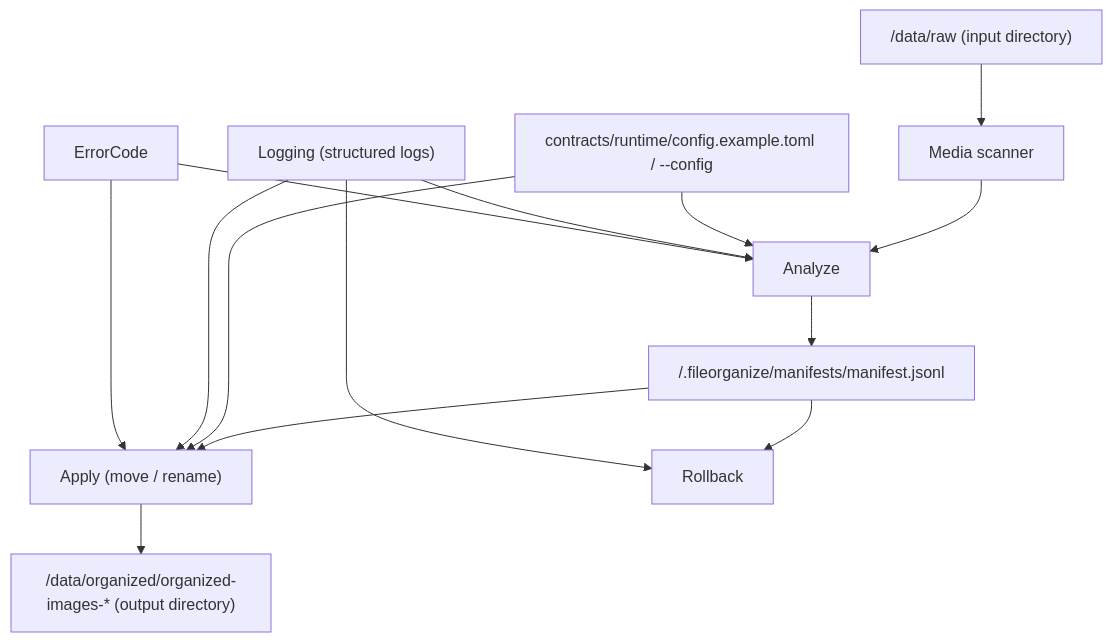
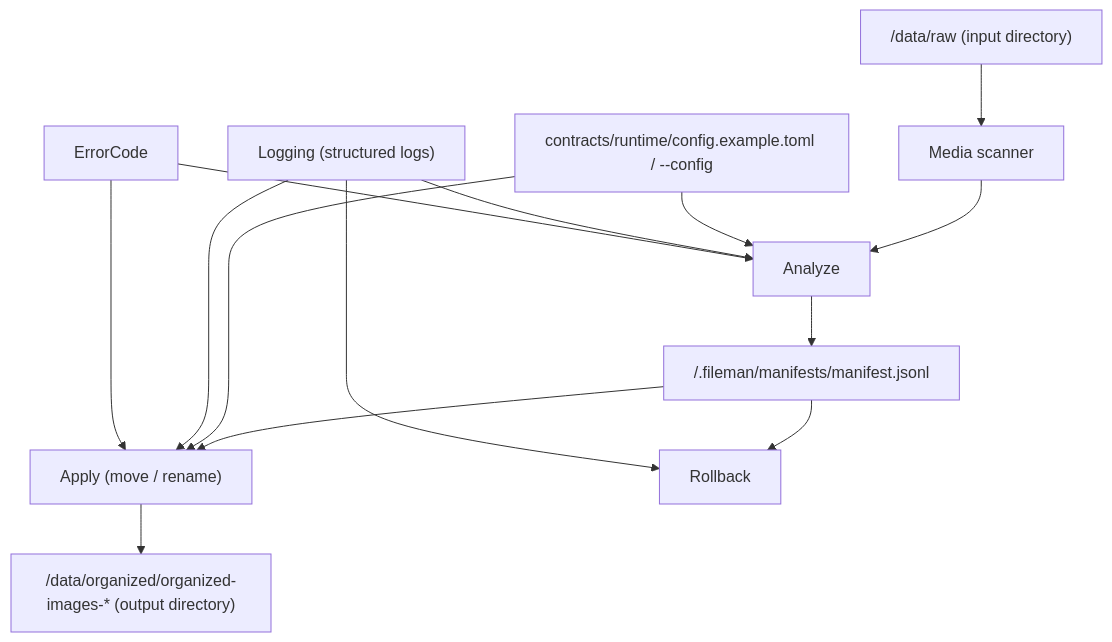
Before and after one commit to xiaojiou176-open/fileyard: the first of 2 diagrams in docs/architecture.md, drawn with Mermaid. The commit also changed other lines of this file and 292 other files, not shown here.

````diff
--- a/docs/architecture.md
+++ b/docs/architecture.md
@@ -3,16 +3,16 @@
 ```mermaid
 graph TD
     A["<workspace-root>/data/raw (input directory)"] --> B["Media scanner"]
     B --> C["Analyze"]
-    C --> D["<workspace-root>/.fileorganize/manifests/manifest.jsonl"]
+    C --> D["<workspace-root>/.fileman/manifests/manifest.jsonl"]
     D --> E["Apply (move / rename)"]
     E --> F["<workspace-root>/data/organized/organized-images-* (output directory)"]
     D --> G["Rollback"]
     H["contracts/runtime/config.example.toml / --config"] --> C
     H --> E
     I["Logging (structured logs)"] --> C
     I --> E
     I --> G
     J["ErrorCode"] --> C
     J --> E
 ```
````
